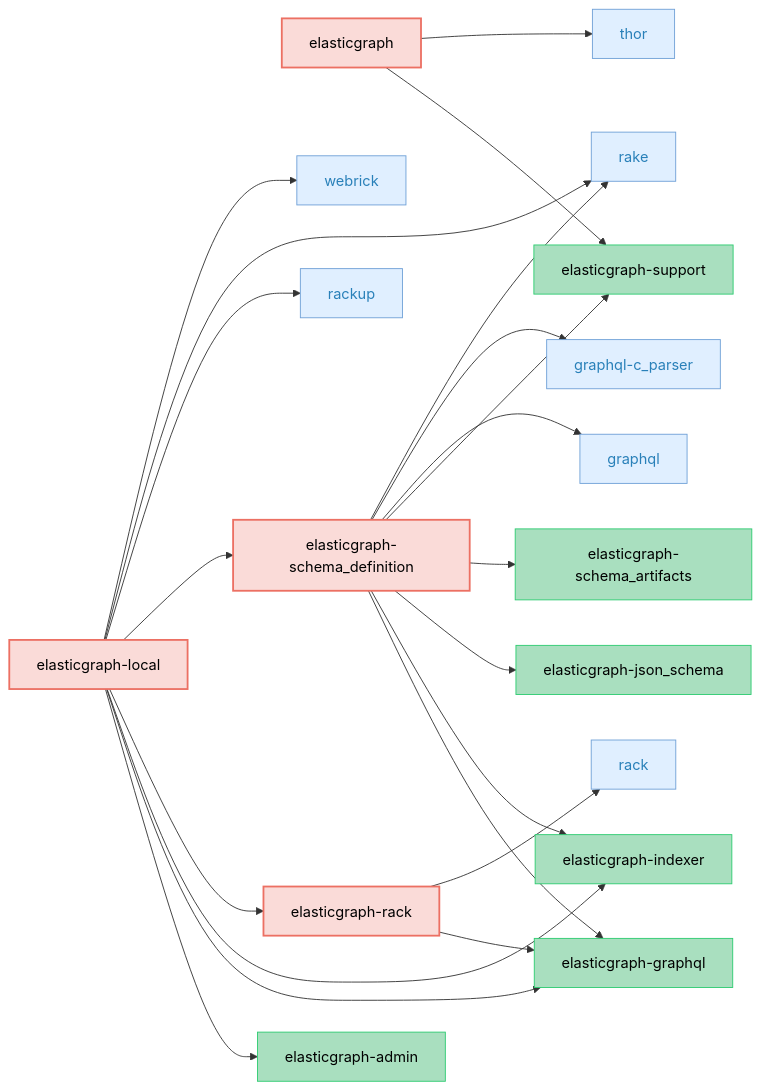
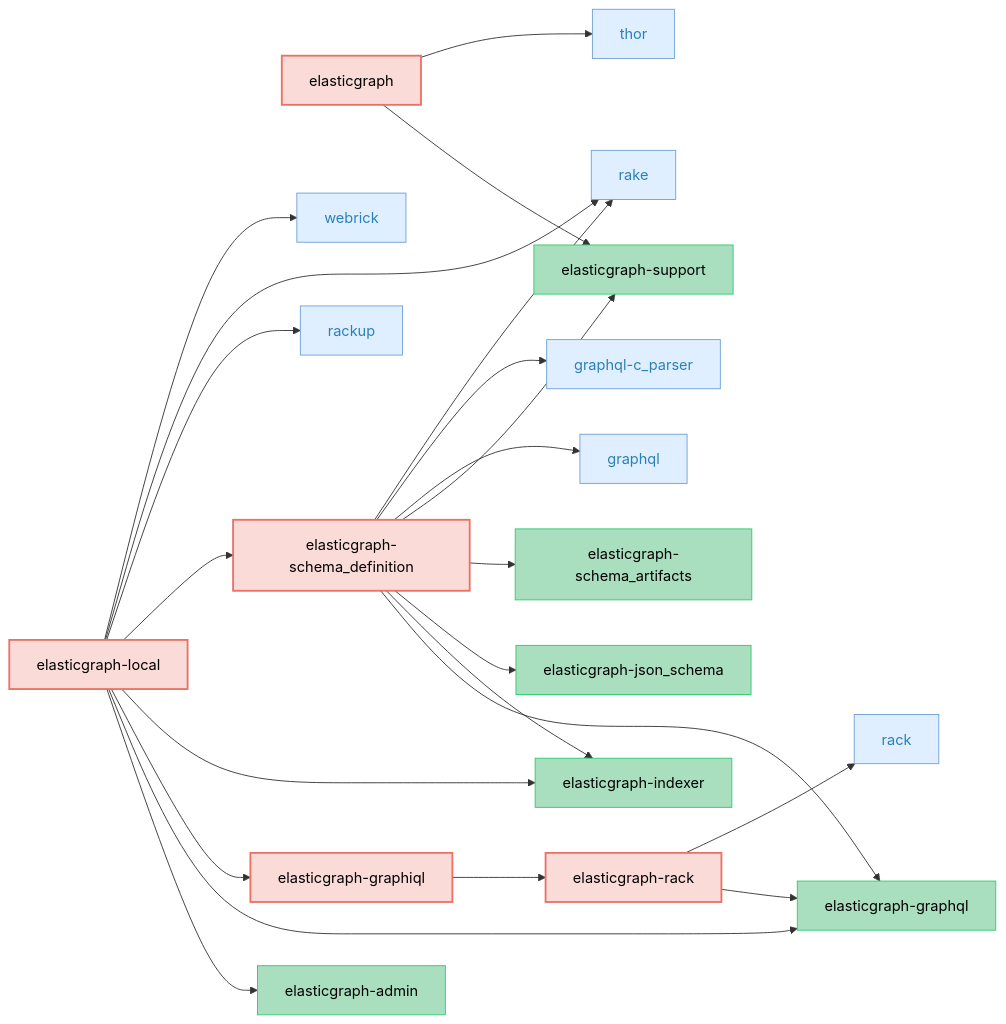
Before and after one commit to ciaran51/elasticgraph: the fifth of 5 diagrams in CODEBASE_OVERVIEW.md, drawn with Mermaid. The commit also changed other lines of this file and 36 other files, not shown here.

First line of the commit message:
Provide fully bundled GraphiQL UI from a new elasticgraph-graphiql gem. (#634)

````diff
--- a/CODEBASE_OVERVIEW.md
+++ b/CODEBASE_OVERVIEW.md
@@ -275,67 +276,70 @@
 ```mermaid
 graph LR;
     classDef targetGemStyle fill:#FADBD8,stroke:#EC7063,color:#000,stroke-width:2px;
     classDef otherEgGemStyle fill:#A9DFBF,stroke:#2ECC71,color:#000;
     classDef externalGemCatStyle fill:#E0EFFF,stroke:#70A1D7,color:#2980B9;
     elasticgraph["elasticgraph"];
     elasticgraph-support["elasticgraph-support"];
     thor["thor"];
+    elasticgraph-graphiql["elasticgraph-graphiql"];
+    elasticgraph-rack["elasticgraph-rack"];
     elasticgraph-local["elasticgraph-local"];
     elasticgraph-admin["elasticgraph-admin"];
     elasticgraph-graphql["elasticgraph-graphql"];
     elasticgraph-indexer["elasticgraph-indexer"];
-    elasticgraph-rack["elasticgraph-rack"];
     elasticgraph-schema_definition["elasticgraph-schema_definition"];
     rackup["rackup"];
     rake["rake"];
     webrick["webrick"];
     rack["rack"];
     elasticgraph-json_schema["elasticgraph-json_schema"];
     elasticgraph-schema_artifacts["elasticgraph-schema_artifacts"];
     graphql["graphql"];
     graphql-c_parser["graphql-c_parser"];
     elasticgraph --> elasticgraph-support;
     elasticgraph --> thor;
+    elasticgraph-graphiql --> elasticgraph-rack;
     elasticgraph-local --> elasticgraph-admin;
     elasticgraph-local --> elasticgraph-graphql;
+    elasticgraph-local --> elasticgraph-graphiql;
     elasticgraph-local --> elasticgraph-indexer;
-    elasticgraph-local --> elasticgraph-rack;
     elasticgraph-local --> elasticgraph-schema_definition;
     elasticgraph-local --> rackup;
     elasticgraph-local --> rake;
     elasticgraph-local --> webrick;
     elasticgraph-rack --> elasticgraph-graphql;
     elasticgraph-rack --> rack;
     elasticgraph-schema_definition --> elasticgraph-graphql;
     elasticgraph-schema_definition --> elasticgraph-indexer;
     elasticgraph-schema_definition --> elasticgraph-json_schema;
     elasticgraph-schema_definition --> elasticgraph-schema_artifacts;
     elasticgraph-schema_definition --> elasticgraph-support;
     elasticgraph-schema_definition --> graphql;
     elasticgraph-schema_definition --> graphql-c_parser;
     elasticgraph-schema_definition --> rake;
     class elasticgraph targetGemStyle;
     class elasticgraph-support otherEgGemStyle;
     class thor externalGemCatStyle;
+    class elasticgraph-graphiql targetGemStyle;
+    class elasticgraph-rack targetGemStyle;
     class elasticgraph-local targetGemStyle;
     class elasticgraph-admin otherEgGemStyle;
     class elasticgraph-graphql otherEgGemStyle;
     class elasticgraph-indexer otherEgGemStyle;
-    class elasticgraph-rack targetGemStyle;
     class elasticgraph-schema_definition targetGemStyle;
     class rackup externalGemCatStyle;
     class rake externalGemCatStyle;
     class webrick externalGemCatStyle;
     class rack externalGemCatStyle;
     class elasticgraph-json_schema otherEgGemStyle;
     class elasticgraph-schema_artifacts otherEgGemStyle;
     class graphql externalGemCatStyle;
     class graphql-c_parser externalGemCatStyle;
     click thor href "https://rubygems.org/gems/thor" "Open on RubyGems.org" _blank;
     click rackup href "https://rubygems.org/gems/rackup" "Open on RubyGems.org" _blank;
     click rake href "https://rubygems.org/gems/rake" "Open on RubyGems.org" _blank;
     click webrick href "https://rubygems.org/gems/webrick" "Open on RubyGems.org" _blank;
     click rack href "https://rubygems.org/gems/rack" "Open on RubyGems.org" _blank;
     click graphql href "https://rubygems.org/gems/graphql" "Open on RubyGems.org" _blank;
     click graphql-c_parser href "https://rubygems.org/gems/graphql-c_parser" "Open on RubyGems.org" _blank;
 ```
````
